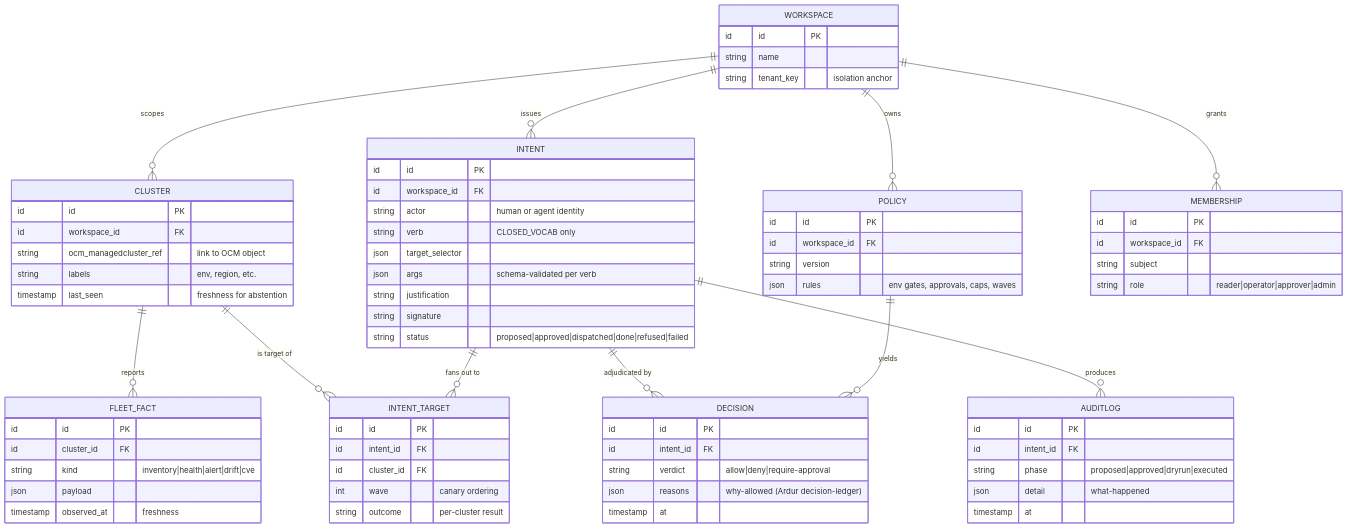
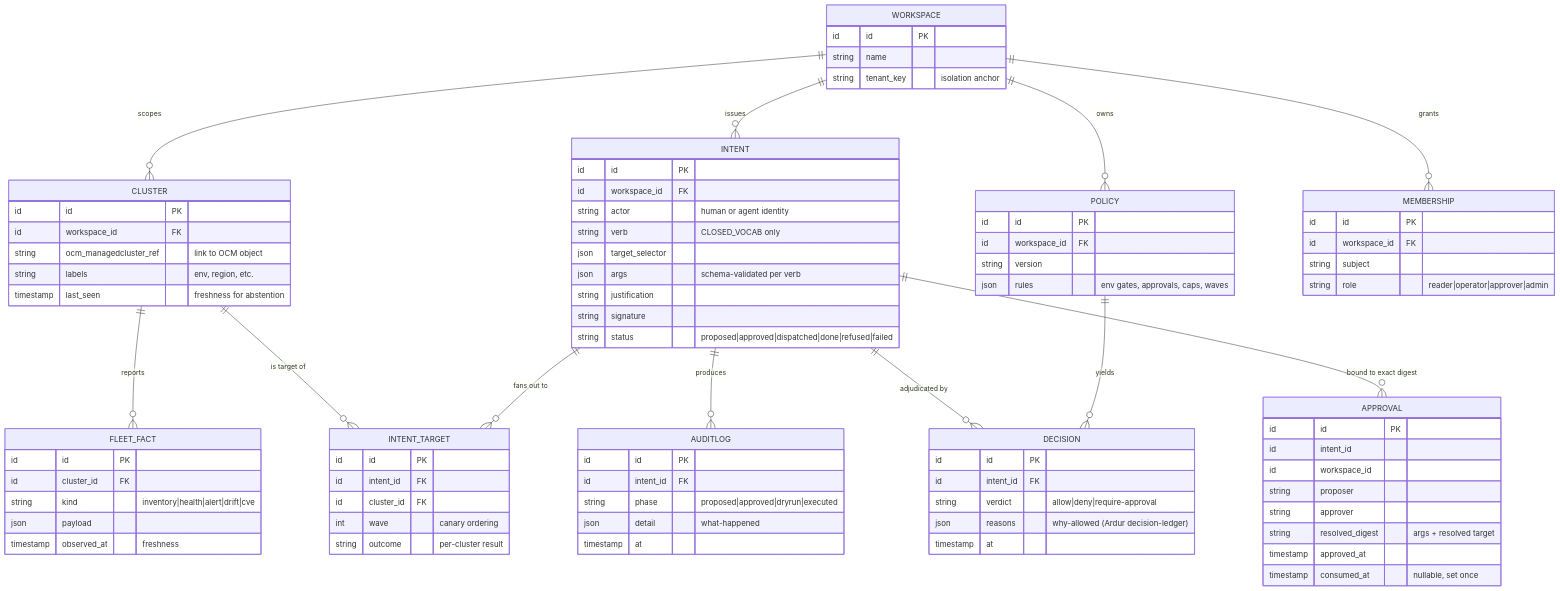
The fourth of 4 diagrams in docs/ARCHITECTURE.md (ArdurAI/sith), drawn with Mermaid before and after one commit. The commit also changed other lines of this file and 13 other files, not shown here.

```diff
--- a/docs/ARCHITECTURE.md
+++ b/docs/ARCHITECTURE.md
@@ -270,6 +270,7 @@
     INTENT ||--o{ INTENT_TARGET : "fans out to"
     CLUSTER ||--o{ INTENT_TARGET : "is target of"
     INTENT ||--o{ AUDITLOG : "produces"
+    INTENT ||--o{ APPROVAL : "bound to exact digest"
     POLICY ||--o{ DECISION : "yields"
     INTENT ||--o{ DECISION : "adjudicated by"
 
@@ -323,6 +324,16 @@
         json detail "what-happened"
         timestamp at
     }
+    APPROVAL {
+        id id PK
+        id intent_id
+        id workspace_id
+        string proposer
+        string approver
+        string resolved_digest "args + resolved target"
+        timestamp approved_at
+        timestamp consumed_at "nullable, set once"
+    }
     MEMBERSHIP {
         id id PK
         id workspace_id FK
```
